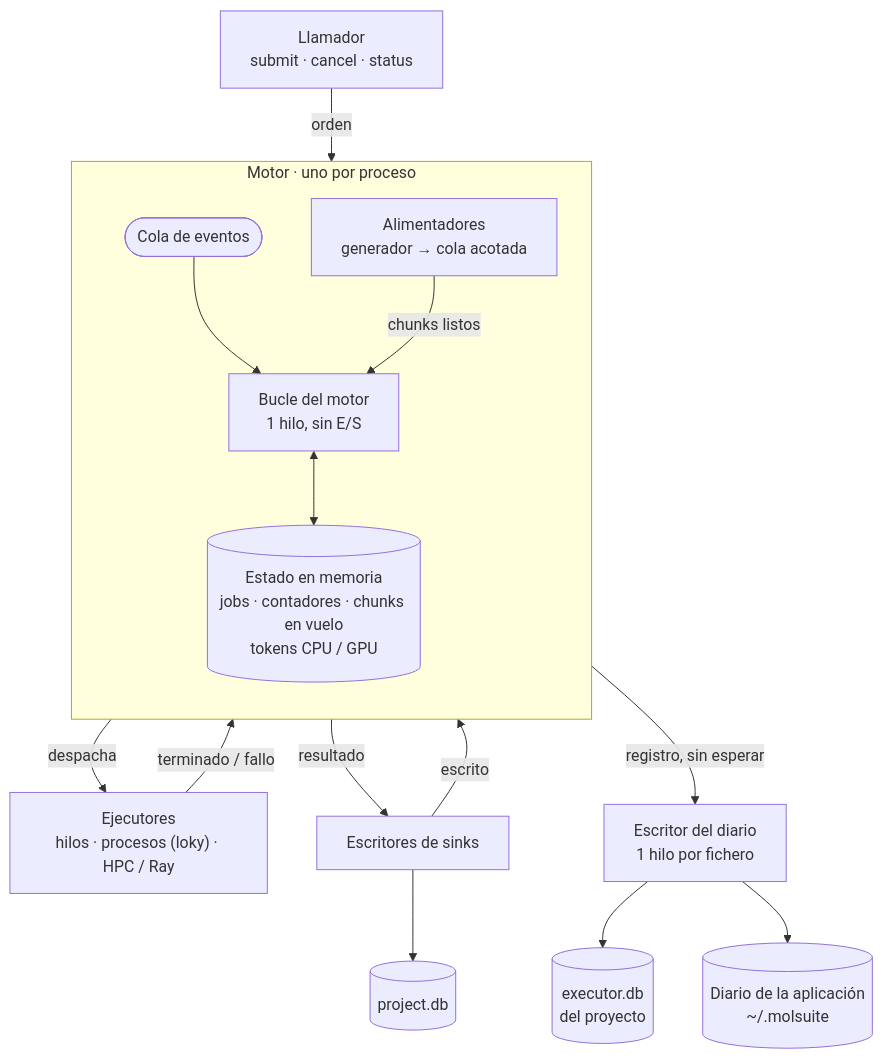
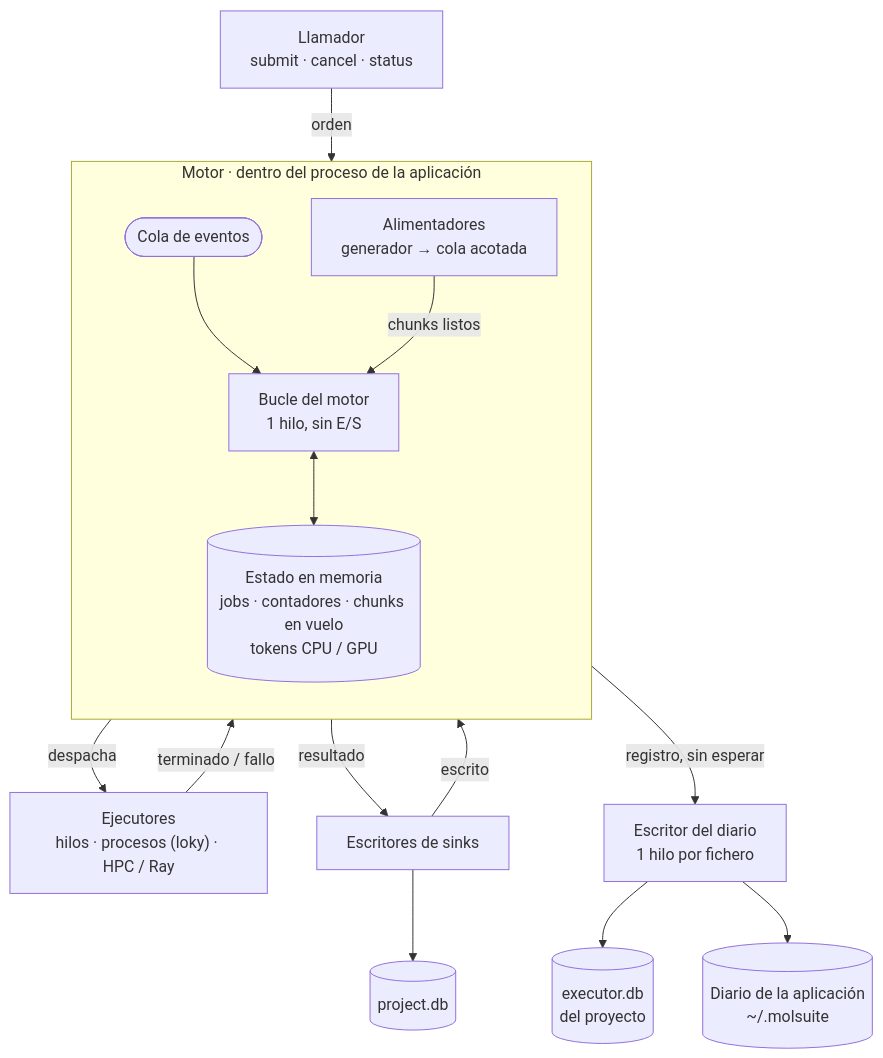
Before and after one commit to MolSuite/ms_flow: the first of 3 diagrams in benchmarks/refactor_optimization/docs/02-diseno-motor.md, drawn with Mermaid. The commit also changed other lines of this file, not shown here.

Commit message:
docs(refactor): close the engine design decisions and build the new engine first

````diff
--- a/benchmarks/refactor_optimization/docs/02-diseno-motor.md
+++ b/benchmarks/refactor_optimization/docs/02-diseno-motor.md
@@ -36,32 +36,32 @@
 ```mermaid
 flowchart TB
     API["Llamador<br/>submit · cancel · status"]
 
-    subgraph ENGINE["Motor · uno por proceso"]
+    subgraph ENGINE["Motor · dentro del proceso de la aplicación"]
         direction TB
         Q(["Cola de eventos"])
         LOOP["Bucle del motor<br/>1 hilo, sin E/S"]
         STATE[("Estado en memoria<br/>jobs · contadores · chunks en vuelo<br/>tokens CPU / GPU")]
         FEED["Alimentadores<br/>generador → cola acotada"]
     end
 
     EXEC["Ejecutores<br/>hilos · procesos (loky) · HPC / Ray"]
     SW["Escritores de sinks"]
     JW["Escritor del diario<br/>1 hilo por fichero"]
     PDB[("project.db")]
     J1[("executor.db<br/>del proyecto")]
     J2[("Diario de la aplicación<br/>~/.molsuite")]
 
     API -- "orden" --> Q
     Q --> LOOP
     LOOP <--> STATE
     FEED -- "chunks listos" --> LOOP
     LOOP -- "despacha" --> EXEC
     EXEC -- "terminado / fallo" --> Q
     LOOP -- "resultado" --> SW
     SW -- "escrito" --> Q
     SW --> PDB
     LOOP -- "registro, sin esperar" --> JW
     JW --> J1
     JW --> J2
 ```
````
